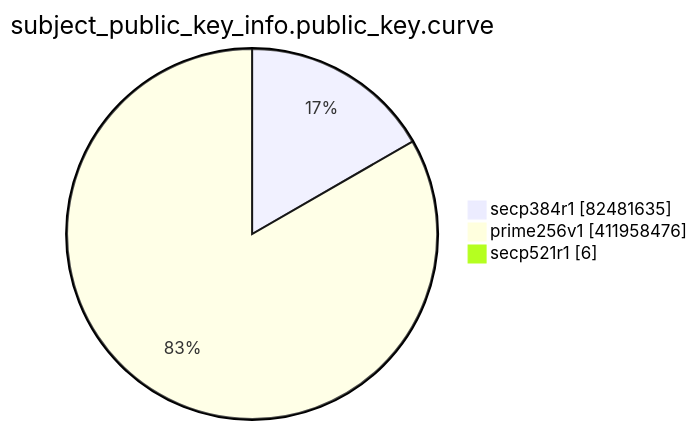
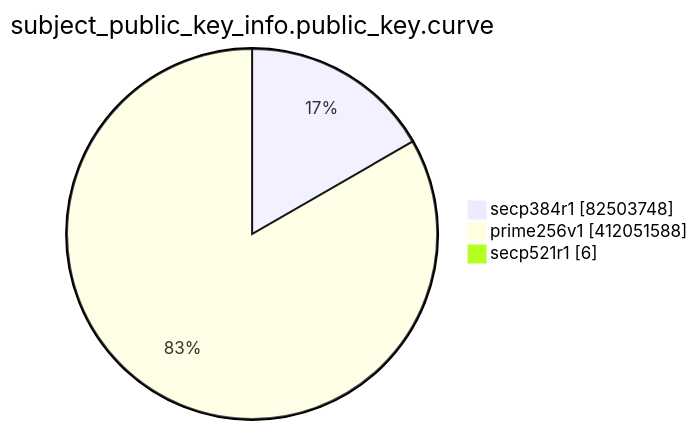
One commit to christiankrug/ctmonitor_visualization changed the eighth of 15 diagrams in TOTAL/README.md. Above: the diagram before and after it, drawn with Mermaid. The commit also changed other lines of this file, not shown here.

````diff
--- a/TOTAL/README.md
+++ b/TOTAL/README.md
@@ -3097,7 +3097,7 @@
 ```mermaid
 pie showData
 title subject_public_key_info.public_key.curve
-"secp384r1" :82481635
-"prime256v1" :411958476
+"secp384r1" :82503748
+"prime256v1" :412051588
 "secp521r1" :6
 ```
````
